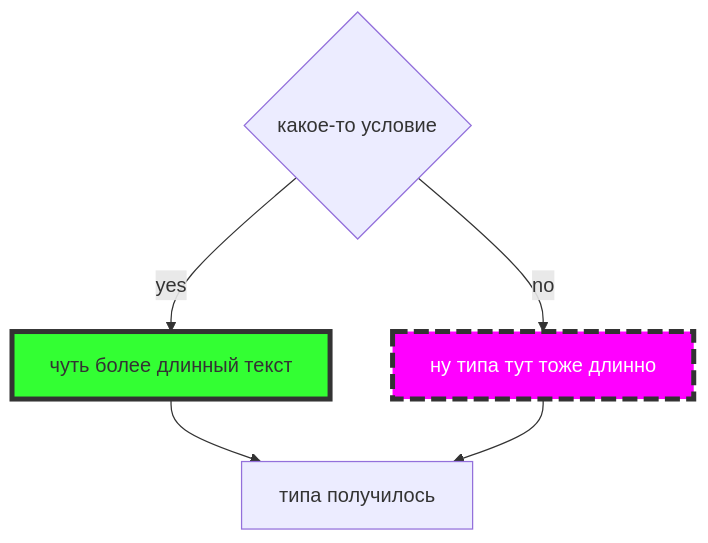
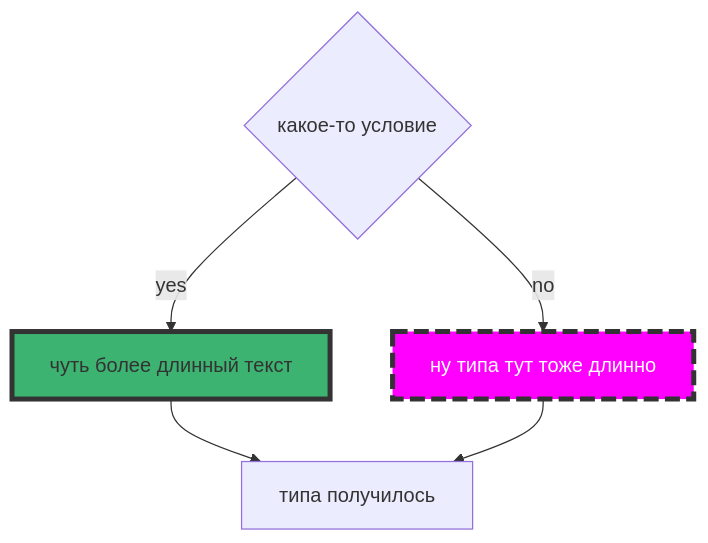
The sixth of 7 diagrams in README.md (SofiiaBobr5565/Mermaid_syntax_hints_for_md), drawn with Mermaid before and after one commit.

````diff
--- a/README.md
+++ b/README.md
@@ -63,8 +63,8 @@
 ```mermaid
 flowchart TB
-style i1 fill:#3f3,stroke:#333,stroke-width:4px
+style i1 fill:#3CB371,stroke:#333,stroke-width:4px
 style i2 fill:#FF00FF,stroke:#333,stroke-width:4px,color:#fff,stroke-dasharray: 12 5
 b{какое-то условие}
 b--> |yes|i1["чуть более длинный текст"]--> i3["типа получилось"]
 b--> |no|i2["ну типа тут тоже длинно"]--> i3
 ```
````
